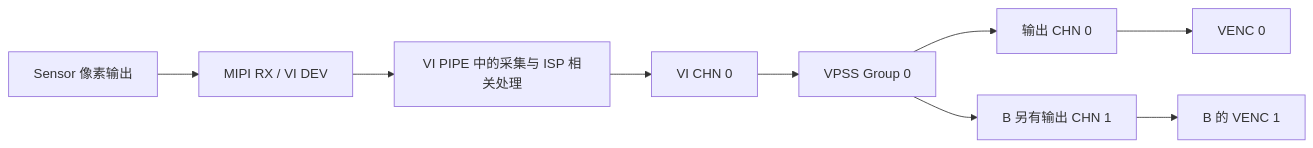
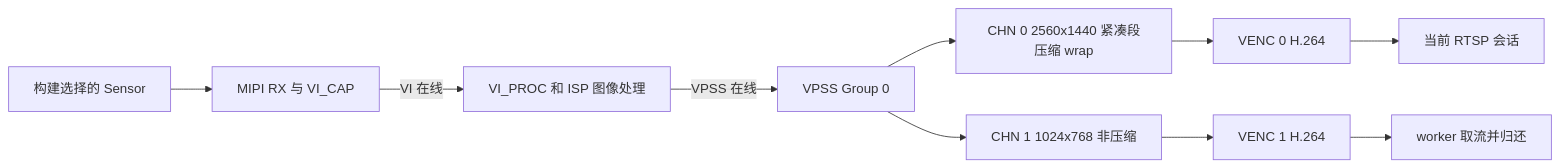
The second of 2 diagrams in docs/Hi3516CV610_项目学习/06_VI_ISP_VPSS图像通路.md (Bamboo-tt/Hi3516_Data_Transmission), drawn with Mermaid before and after one commit. The commit also changed other lines of this file and 23 other files, not shown here.

Commit message:
docs: refine Hi3516 learning guide and architecture analysis

````diff
--- a/docs/Hi3516CV610_项目学习/06_VI_ISP_VPSS图像通路.md
+++ b/docs/Hi3516CV610_项目学习/06_VI_ISP_VPSS图像通路.md
@@ -25,11 +94,12 @@
 ```mermaid
 flowchart LR
-    S[Sensor 像素输出] --> RX[MIPI RX / VI DEV]
-    RX --> VI[VI PIPE 中的采集与 ISP 相关处理]
-    VI --> CH[VI CHN 0]
-    CH --> G[VPSS Group 0]
-    G --> C0[输出 CHN 0]
-    G --> C1[B 另有输出 CHN 1]
-    C0 --> E0[VENC 0]
-    C1 --> E1[B 的 VENC 1]
+    S[构建选择的 Sensor] --> C[MIPI RX 与 VI_CAP]
+    C -->|VI 在线| P[VI_PROC 和 ISP 图像处理]
+    P -->|VPSS 在线| G[VPSS Group 0]
+    G --> A[CHN 0 2560x1440 紧凑段压缩 wrap]
+    G --> B[CHN 1 1024x768 非压缩]
+    A --> E0[VENC 0 H.264]
+    B --> E1[VENC 1 H.264]
+    E0 --> R[当前 RTSP 会话]
+    E1 --> Q[worker 取流并归还]
 ```
````
